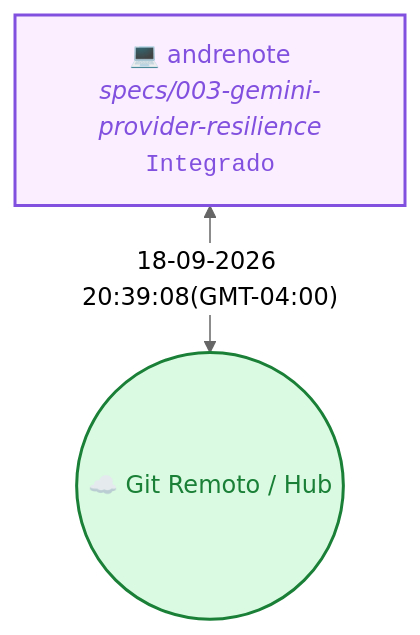
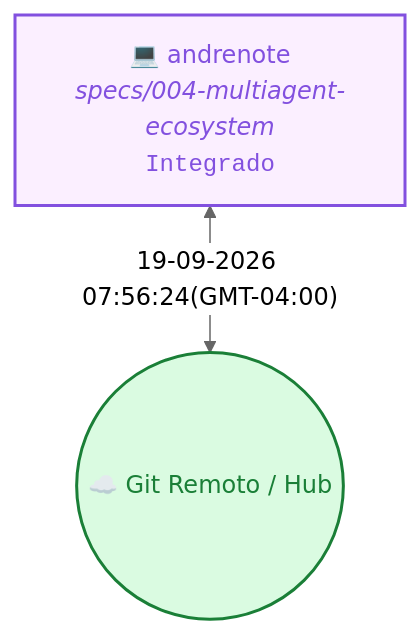
The diagram in README.md (vitalia-platform/vitalia-sdd-context), drawn with Mermaid (neutral theme) before and after one commit. The commit also changed other lines of this file and 10 other files, not shown here.

````diff
--- a/README.md
+++ b/README.md
@@ -20,8 +20,8 @@
 ```mermaid
 flowchart TD
   Cloud(("☁️ Git Remoto / Hub"))
-  M_7f367bd3["💻 andrenote<br/><i>specs/003-gemini-provider-resilience</i><br/><code>Integrado</code>"]
-  M_7f367bd3 <-->|"18-09-2026 20:39:08(GMT-04:00)"| Cloud
+  M_7f367bd3["💻 andrenote<br/><i>specs/004-multiagent-ecosystem</i><br/><code>Integrado</code>"]
+  M_7f367bd3 <-->|"19-09-2026 07:56:24(GMT-04:00)"| Cloud
   style M_7f367bd3 stroke:#8250df,stroke-width:2px,fill:#fbefff,color:#8250df
   style Cloud stroke:#1a7f37,stroke-width:2px,fill:#dafbe1,color:#1a7f37
 ```
````
